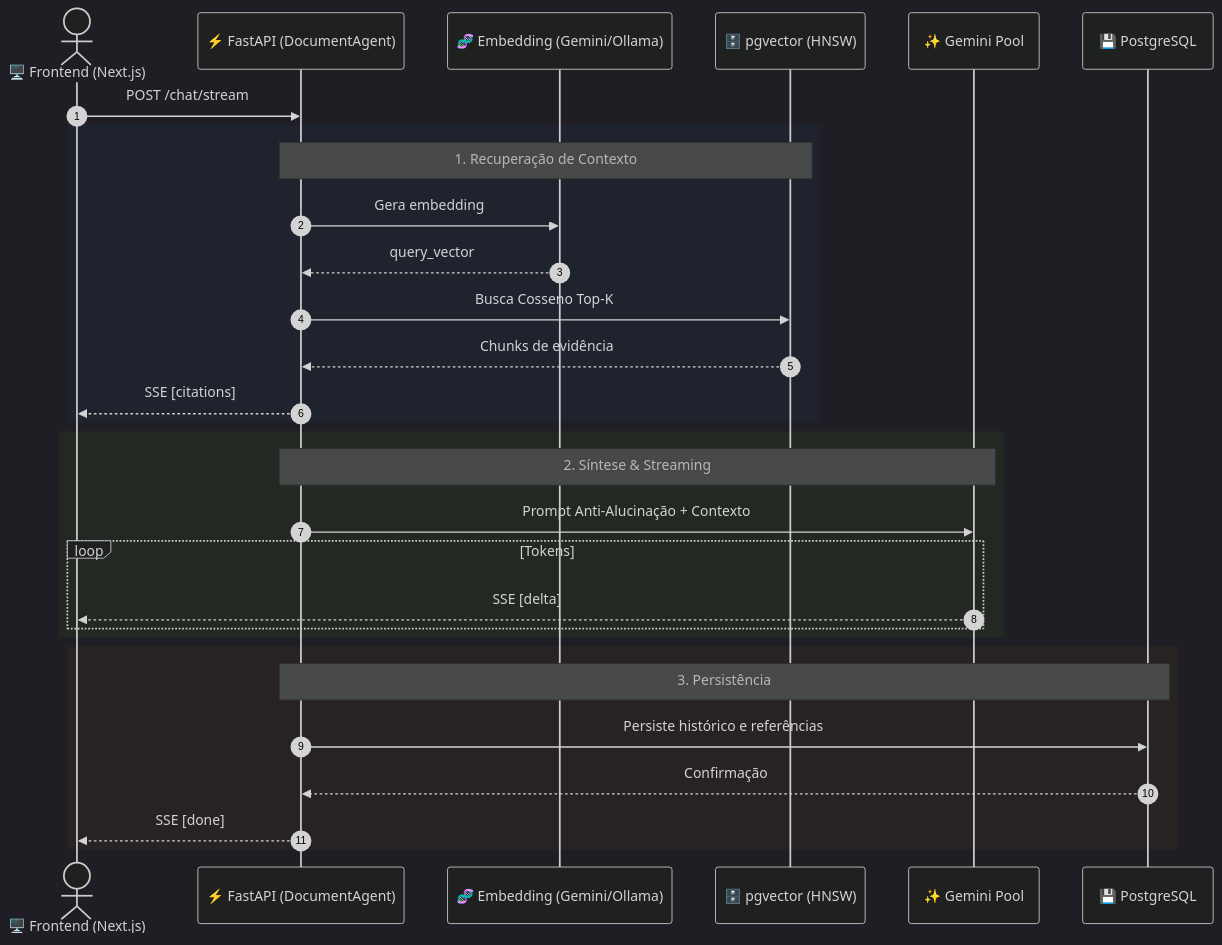
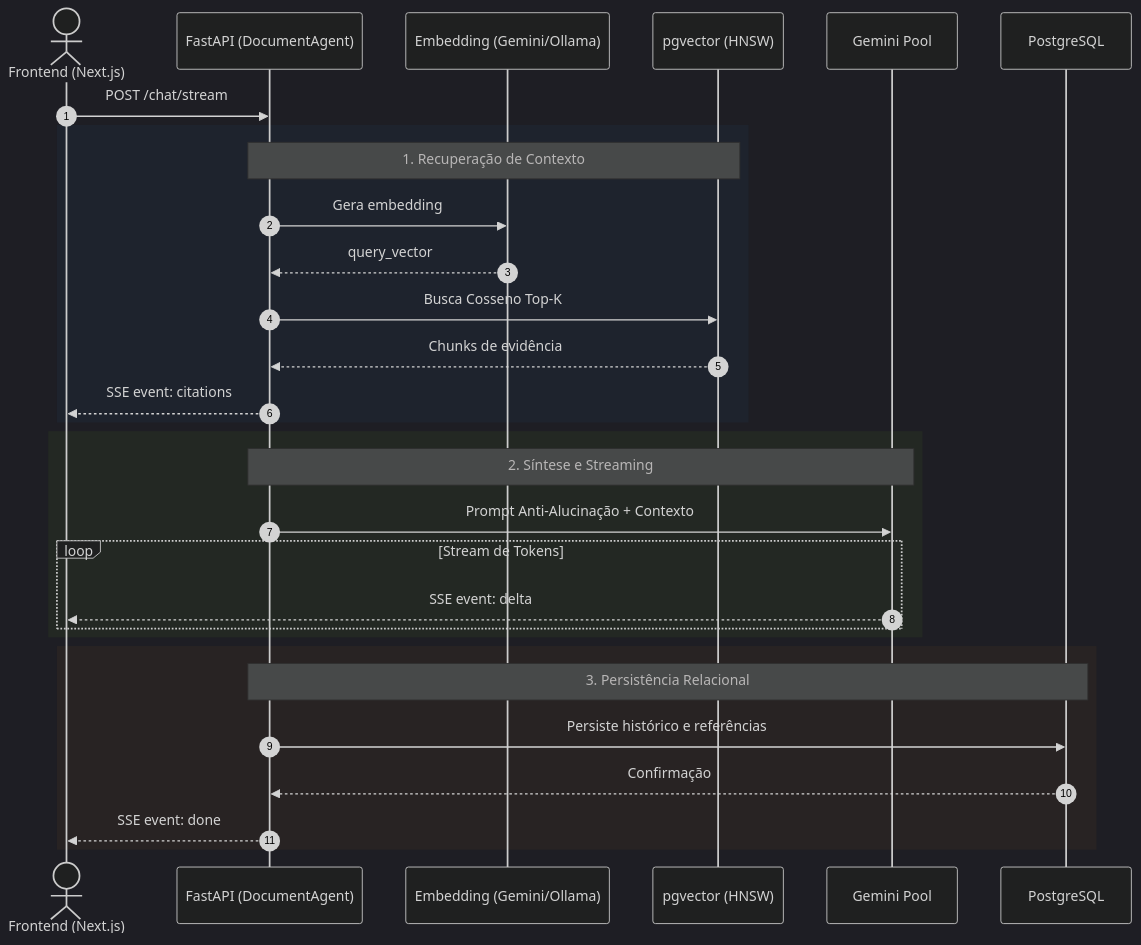
The third of 3 diagrams in readme.md (WMatias-Dev/document-ai-platform), drawn with Mermaid before and after one commit. The commit also changed other lines of this file, not shown here.

````diff
--- a/readme.md
+++ b/readme.md
@@ -155,37 +156,37 @@
 ```mermaid
 %%{init: {'theme': 'dark', 'themeVariables': { 'fontSize': '12px', 'darkMode': true }}}%%
 sequenceDiagram
     autonumber
-    actor User as 🖥️ Frontend (Next.js)
-    participant API as ⚡ FastAPI (DocumentAgent)
-    participant Emb as 🧬 Embedding (Gemini/Ollama)
-    participant Vec as 🗄️ pgvector (HNSW)
-    participant LLM as ✨ Gemini Pool
-    participant DB as 💾 PostgreSQL
+    actor User as Frontend (Next.js)
+    participant API as FastAPI (DocumentAgent)
+    participant Emb as Embedding (Gemini/Ollama)
+    participant Vec as pgvector (HNSW)
+    participant LLM as Gemini Pool
+    participant DB as PostgreSQL
 
     User->>API: POST /chat/stream
     
     rect rgb(30, 35, 45)
         Note over API,Vec: 1. Recuperação de Contexto
         API->>Emb: Gera embedding
         Emb-->>API: query_vector
         API->>Vec: Busca Cosseno Top-K
         Vec-->>API: Chunks de evidência
-        API-->>User: SSE [citations]
+        API-->>User: SSE event: citations
     end
 
     rect rgb(35, 40, 35)
-        Note over API,LLM: 2. Síntese & Streaming
+        Note over API,LLM: 2. Síntese e Streaming
         API->>LLM: Prompt Anti-Alucinação + Contexto
-        loop Tokens
-            LLM-->>User: SSE [delta]
+        loop Stream de Tokens
+            LLM-->>User: SSE event: delta
         end
     end
 
     rect rgb(40, 35, 35)
-        Note over API,DB: 3. Persistência
+        Note over API,DB: 3. Persistência Relacional
         API->>DB: Persiste histórico e referências
         DB-->>API: Confirmação
-        API-->>User: SSE [done]
+        API-->>User: SSE event: done
     end
 ```
````
